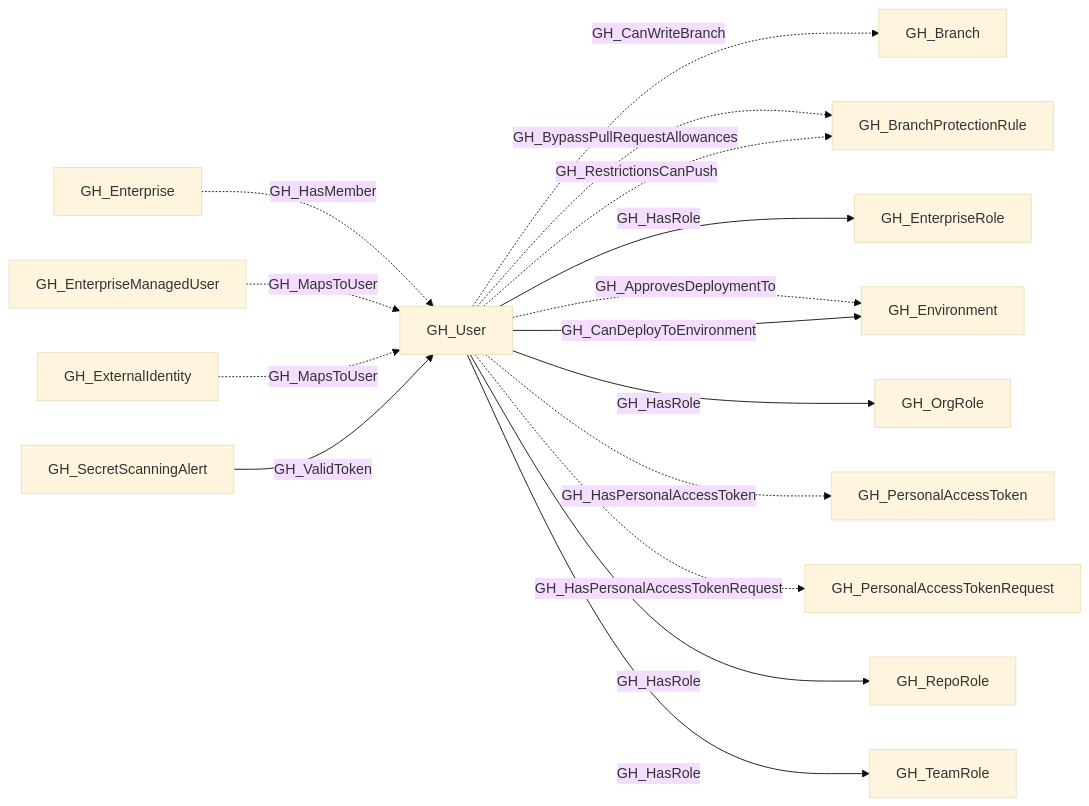
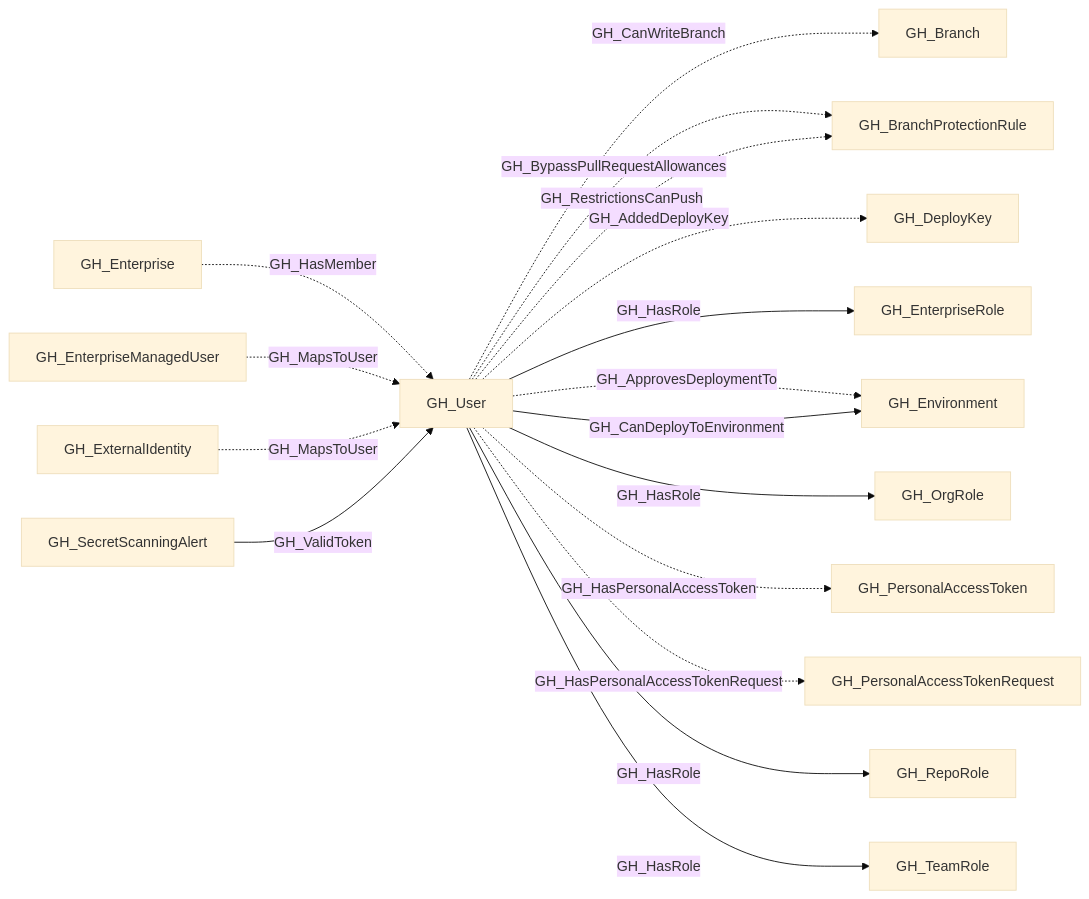
Before and after one commit to SpecterOps/bloodhound-docs: the first of 2 diagrams in docs/opengraph/extensions/github/nodes/gh_user.mdx, drawn with Mermaid (base theme). The commit also changed other lines of this file and 33 other files, not shown here.

````diff
--- a/docs/opengraph/extensions/github/nodes/gh_user.mdx
+++ b/docs/opengraph/extensions/github/nodes/gh_user.mdx
@@ -36,32 +36,34 @@
 ```mermaid
 graph LR
     n0["GH_Enterprise"]
     n1["GH_User"]
     n2["GH_EnterpriseManagedUser"]
     n3["GH_ExternalIdentity"]
     n4["GH_SecretScanningAlert"]
     n5["GH_Branch"]
     n6["GH_BranchProtectionRule"]
-    n7["GH_EnterpriseRole"]
-    n8["GH_Environment"]
-    n9["GH_OrgRole"]
-    n10["GH_PersonalAccessToken"]
-    n11["GH_PersonalAccessTokenRequest"]
-    n12["GH_RepoRole"]
-    n13["GH_TeamRole"]
+    n7["GH_DeployKey"]
+    n8["GH_EnterpriseRole"]
+    n9["GH_Environment"]
+    n10["GH_OrgRole"]
+    n11["GH_PersonalAccessToken"]
+    n12["GH_PersonalAccessTokenRequest"]
+    n13["GH_RepoRole"]
+    n14["GH_TeamRole"]
     n0 -.->|GH_HasMember| n1
     n2 -.->|GH_MapsToUser| n1
     n3 -.->|GH_MapsToUser| n1
     n4 -->|GH_ValidToken| n1
     n1 -.->|GH_CanWriteBranch| n5
     n1 -.->|GH_BypassPullRequestAllowances| n6
     n1 -.->|GH_RestrictionsCanPush| n6
-    n1 -->|GH_HasRole| n7
-    n1 -.->|GH_ApprovesDeploymentTo| n8
-    n1 -->|GH_CanDeployToEnvironment| n8
-    n1 -->|GH_HasRole| n9
-    n1 -.->|GH_HasPersonalAccessToken| n10
-    n1 -.->|GH_HasPersonalAccessTokenRequest| n11
-    n1 -->|GH_HasRole| n12
+    n1 -.->|GH_AddedDeployKey| n7
+    n1 -->|GH_HasRole| n8
+    n1 -.->|GH_ApprovesDeploymentTo| n9
+    n1 -->|GH_CanDeployToEnvironment| n9
+    n1 -->|GH_HasRole| n10
+    n1 -.->|GH_HasPersonalAccessToken| n11
+    n1 -.->|GH_HasPersonalAccessTokenRequest| n12
     n1 -->|GH_HasRole| n13
+    n1 -->|GH_HasRole| n14
 ```
````
